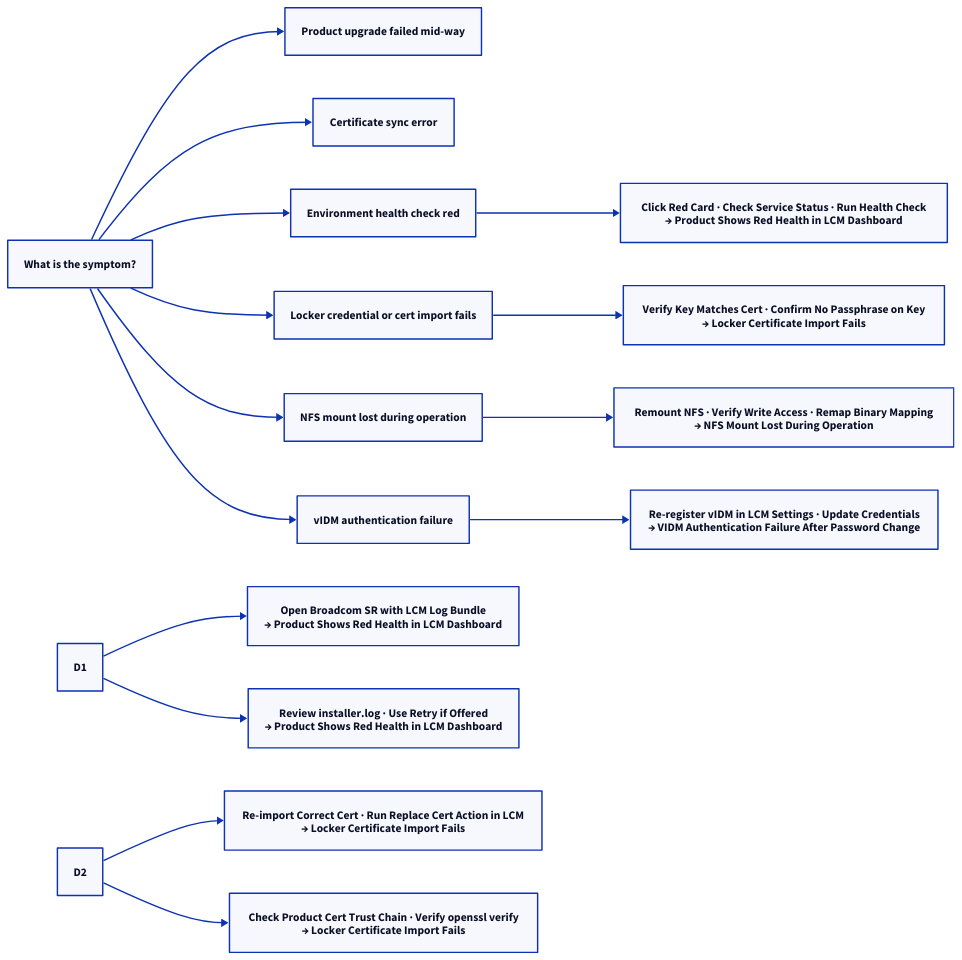
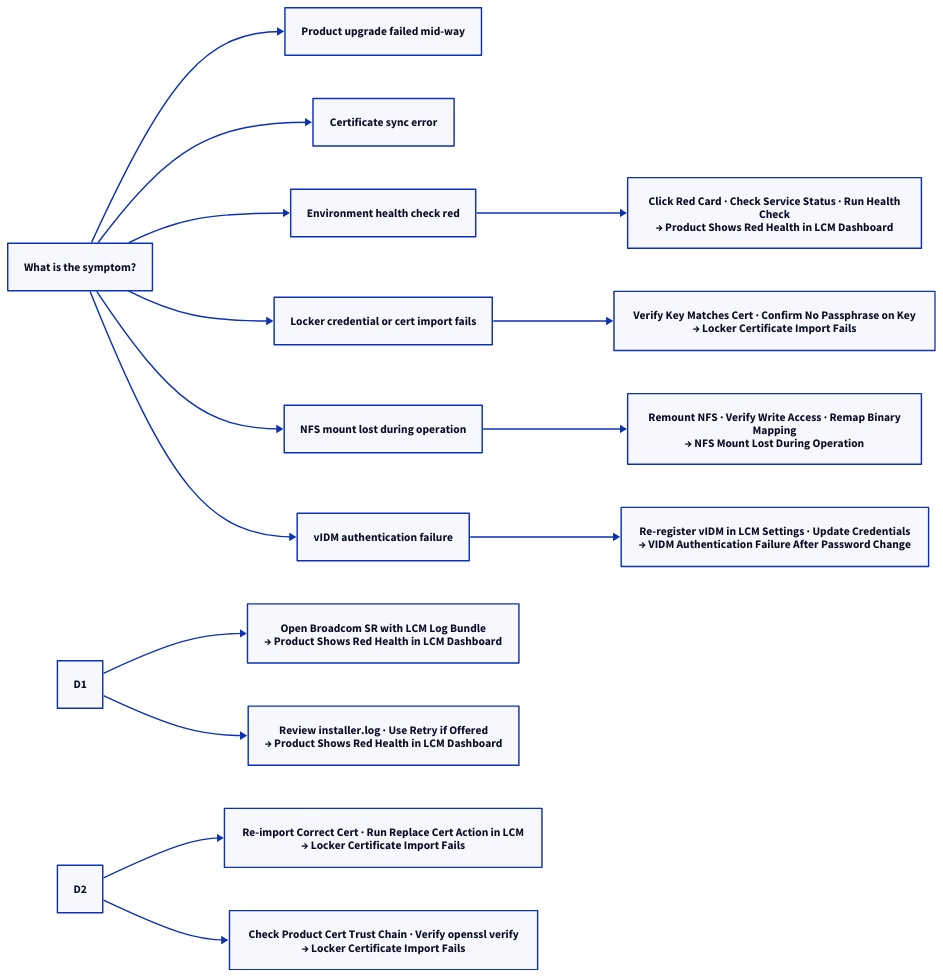
One commit to canast01/chris-kb changed the second of 2 diagrams in docs/virtualization/vmware/aria-suite-lifecycle/troubleshooting/common-issues.md. Above: the diagram before and after it, drawn with D2. The commit also changed 192 other files, not shown here.

````diff
--- a/docs/virtualization/vmware/aria-suite-lifecycle/troubleshooting/common-issues.md
+++ b/docs/virtualization/vmware/aria-suite-lifecycle/troubleshooting/common-issues.md
@@ -55,36 +55,36 @@
 ```d2
 direction: right
 
 S: "What is the symptom?" {shape: rectangle}
 B1: "Product upgrade failed mid-way" {shape: rectangle}
 B2: "Certificate sync error" {shape: rectangle}
 B3: "Environment health check red" {shape: rectangle}
 B4: "Locker credential or cert import fails" {shape: rectangle}
 B5: "NFS mount lost during operation" {shape: rectangle}
 B6: "vIDM authentication failure" {shape: rectangle}
 D1: "D1" {shape: rectangle}
 R1: "Open Broadcom SR with LCM Log Bundle\n→ Product Shows Red Health in LCM Dashboard" {shape: rectangle}
 R2: "Review installer.log · Use Retry if Offered\n→ Product Shows Red Health in LCM Dashboard" {shape: rectangle}
 D2: "D2" {shape: rectangle}
 R3: "Re-import Correct Cert · Run Replace Cert Action in LCM\n→ Locker Certificate Import Fails" {shape: rectangle}
 R4: "Check Product Cert Trust Chain · Verify openssl verify\n→ Locker Certificate Import Fails" {shape: rectangle}
-R5: "Click Red Card · Check Service Status · Run Health Check\n→ Product Shows Red Health in LCM Dashboard" {shape: rectangle}
+R5: "Click Red Card · Check Service Status · Run Health\nCheck\n→ Product Shows Red Health in LCM Dashboard" {shape: rectangle}
 R6: "Verify Key Matches Cert · Confirm No Passphrase on Key\n→ Locker Certificate Import Fails" {shape: rectangle}
-R7: "Remount NFS · Verify Write Access · Remap Binary Mapping\n→ NFS Mount Lost During Operation" {shape: rectangle}
+R7: "Remount NFS · Verify Write Access · Remap Binary\nMapping\n→ NFS Mount Lost During Operation" {shape: rectangle}
 R8: "Re-register vIDM in LCM Settings · Update Credentials\n→ VIDM Authentication Failure After Password Change" {shape: rectangle}
 
 S -> B1
 S -> B2
 S -> B3
 S -> B4
 S -> B5
 S -> B6
 D1 -> R1
 D1 -> R2
 D2 -> R3
 D2 -> R4
 B3 -> R5
 B4 -> R6
 B5 -> R7
 B6 -> R8
 ```
````
